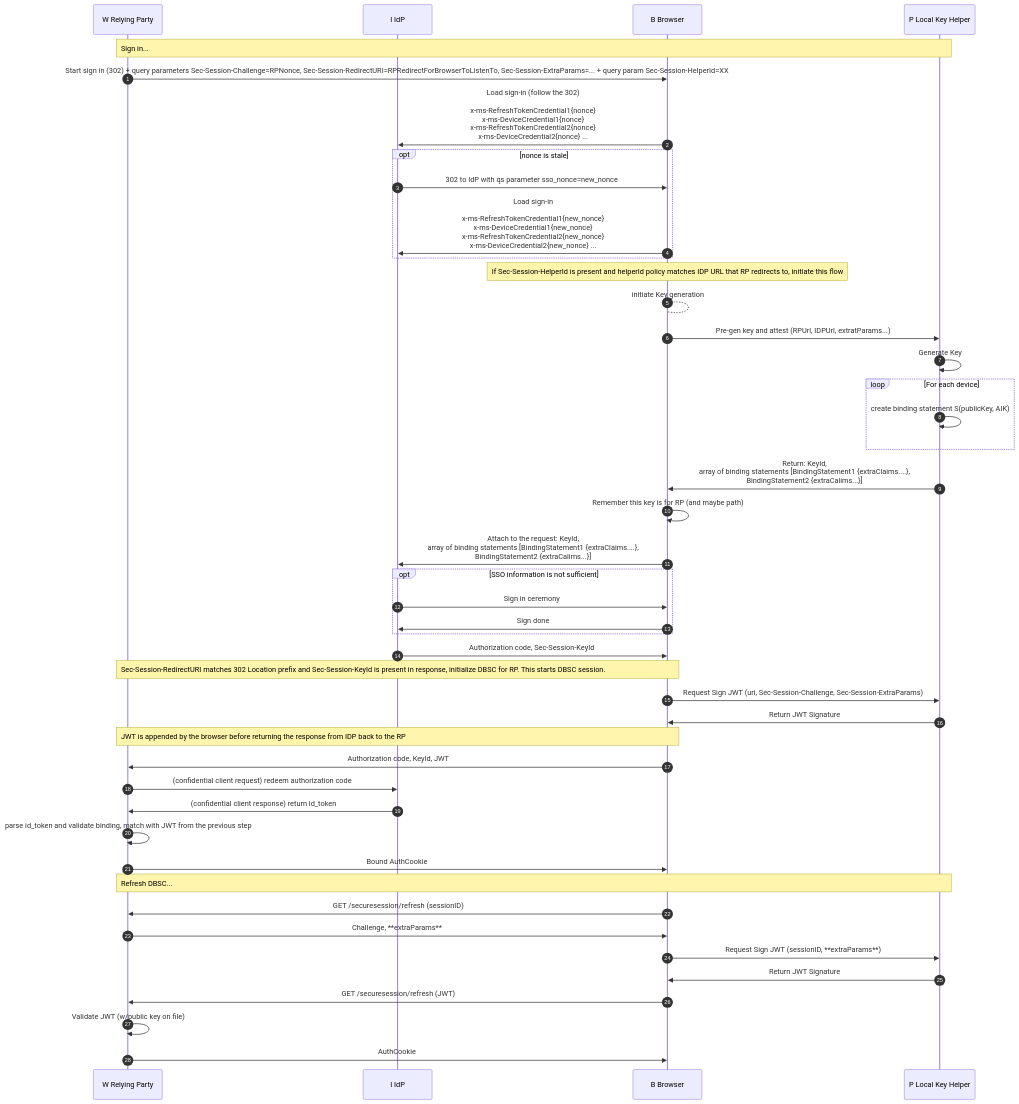
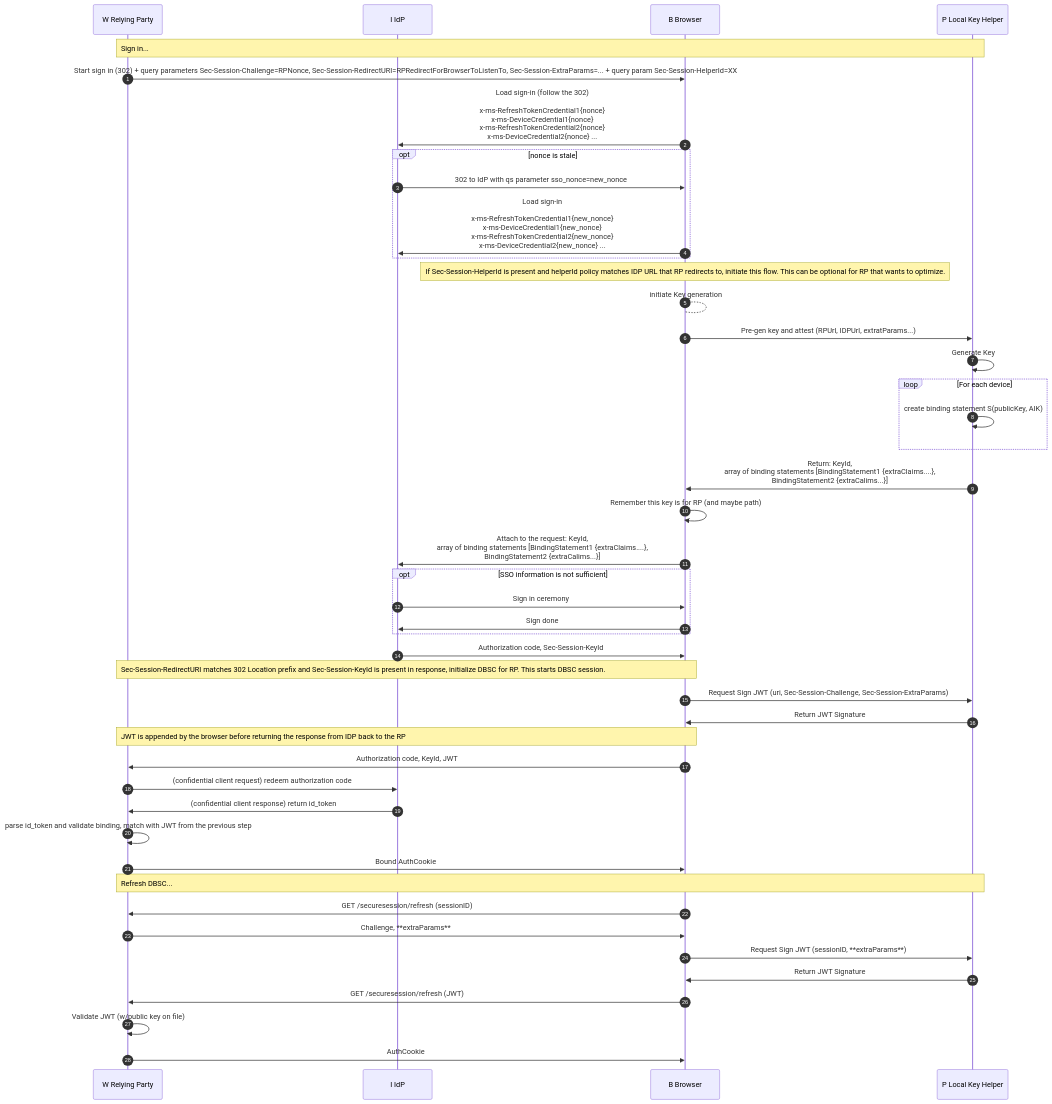
One commit to alextok/dbsc-discussions changed the fifth of 10 diagrams in README.md. Above: the diagram before and after it, drawn with Mermaid.

````diff
--- a/README.md
+++ b/README.md
@@ -197,59 +197,59 @@
 ```mermaid
 sequenceDiagram
 %%{ init: { 'sequence': { 'noteAlign': 'left'} } }%%
 autonumber 1
 participant W as W Relying Party
 participant I as I IdP
 participant B as B Browser
 participant P as P Local Key Helper
 
 Note over W, P: Sign in...
 W->>B: Start sign in (302) + query parameters Sec-Session-Challenge=RPNonce, Sec-Session-RedirectURI=RPRedirectForBrowserToListenTo, Sec-Session-ExtraParams=... + query param Sec-Session-HelperId=XX
 
 B->>I: Load sign-in (follow the 302)<br/><br/>x-ms-RefreshTokenCredential1{nonce}<br/>x-ms-DeviceCredential1{nonce}<br/> x-ms-RefreshTokenCredential2{nonce}<br/> x-ms-DeviceCredential2{nonce} ...
 
 opt nonce is stale
 I->>B: 302 to IdP with qs parameter sso_nonce=new_nonce
 B->>I: Load sign-in<br/><br/>x-ms-RefreshTokenCredential1{new_nonce}<br/>x-ms-DeviceCredential1{new_nonce}<br/> x-ms-RefreshTokenCredential2{new_nonce}<br/> x-ms-DeviceCredential2{new_nonce} ...
 end
 
-Note over B: If Sec-Session-HelperId is present and helperId policy matches IDP URL that RP redirects to, initiate this flow
+Note over B: If Sec-Session-HelperId is present and helperId policy matches IDP URL that RP redirects to, initiate this flow. This can be optional for RP that wants to optimize. 
 B-->B: initiate Key generation
 
 B->>P: Pre-gen key and attest (RPUrl, IDPUrl, extratParams...)
  
 P->>P: Generate Key
 
 loop For each device
 P->>P: create binding statement S(publicKey, AIK)
 end
 
 P->>B: Return: KeyId, <br/>array of binding statements [BindingStatement1 {extraClaims....}, <br/>BindingStatement2 {extraCalims...}]
 B->>B: Remember this key is for RP (and maybe path)
 B->>I: Attach to the request: KeyId, <br/>array of binding statements [BindingStatement1 {extraClaims....}, <br/>BindingStatement2 {extraCalims...}]
 
 opt SSO information is not sufficient
 I->>B: Sign in ceremony
 B->>I: Sign done
 end
 
 I->>B: Authorization code, Sec-Session-KeyId
 Note over W, B: Sec-Session-RedirectURI matches 302 Location prefix and Sec-Session-KeyId is present in response, initialize DBSC for RP. This starts DBSC session.
 B->>P: Request Sign JWT (uri, Sec-Session-Challenge, Sec-Session-ExtraParams)
 P->>B: Return JWT Signature
 Note over W, B: JWT is appended by the browser before returning the response from IDP back to the RP
 B->>W: Authorization code, KeyId, JWT
 W->>I: (confidential client request) redeem authorization code
 I->>W: (confidential client response) return id_token
 W->>W: parse id_token and validate binding, match with JWT from the previous step
 W->>B: Bound AuthCookie
 
 Note over W, P: Refresh DBSC...
 B->>W: GET /securesession/refresh (sessionID)
 W->>B: Challenge, **extraParams**
 B->>P: Request Sign JWT (sessionID, **extraParams**)
 P->>B: Return JWT Signature
 B->>W: GET /securesession/refresh (JWT)
 W->>W: Validate JWT (w/public key on file)
 W->>B: AuthCookie
 ```
````
